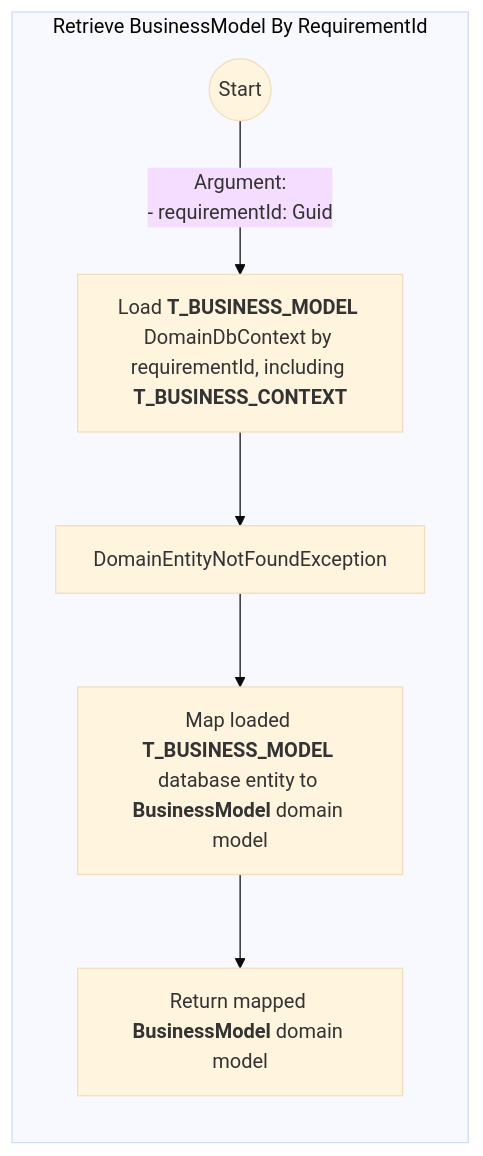
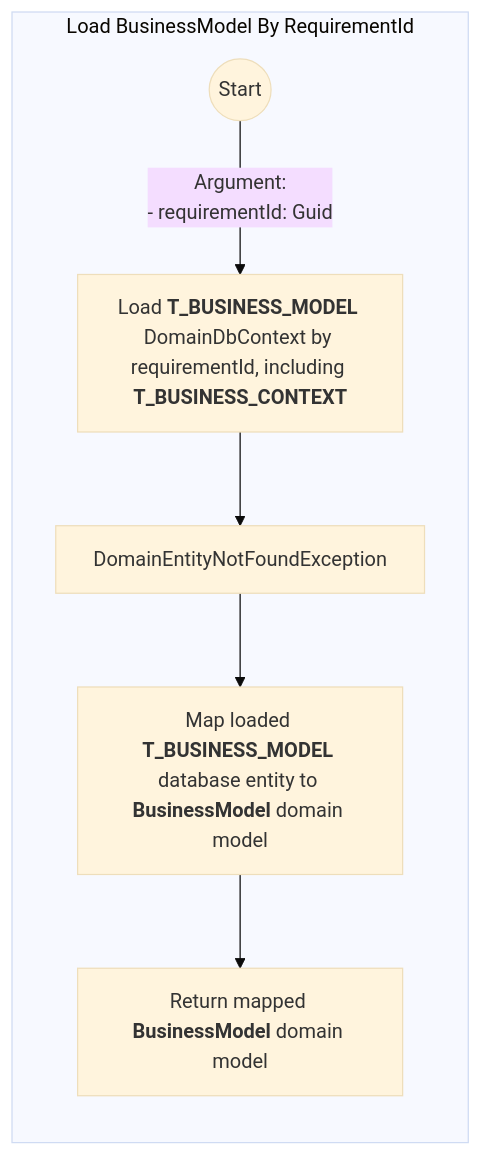
One commit to sdlfly2000/DomainBasedDesigner changed the second of 2 diagrams in AI/Repository/BusinessModelRepository.md. Above: the diagram before and after it, drawn with Mermaid (base theme). The commit also changed other lines of this file and 12 other files, not shown here.

Commit message:
Add BusinessModelAppService

````diff
--- a/AI/Repository/BusinessModelRepository.md
+++ b/AI/Repository/BusinessModelRepository.md
@@ -47,12 +47,12 @@
     ```mermaid
         graph TB
-            subgraph main [Retrieve BusinessModel By RequirementId]
+            subgraph main [Load BusinessModel By RequirementId]
                 direction TB
                 start(("Start")) -->
                 |Argument: 
                 - requirementId: Guid| LoadByRequirementIdFromDb["`Load **T_BUSINESS_MODEL** DomainDbContext by requirementId, including **T_BUSINESS_CONTEXT**`"] -->
                 DomainEntityNotFoundException -->
                 MapToBusniessModelDoaminModel["`Map loaded **T_BUSINESS_MODEL** database entity to **BusinessModel** domain model`"] -->
                 return["`Return mapped **BusinessModel** domain model`"]
             end
     ```
````
